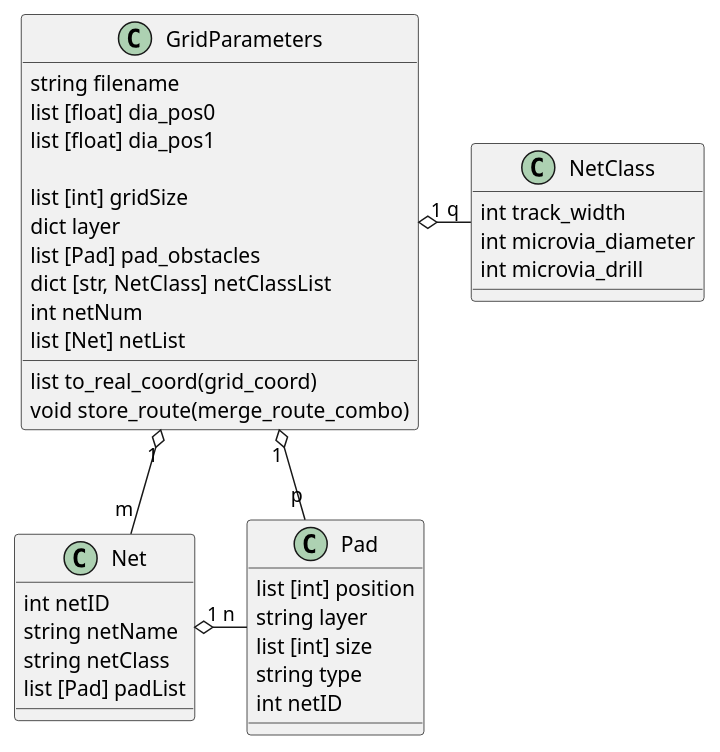
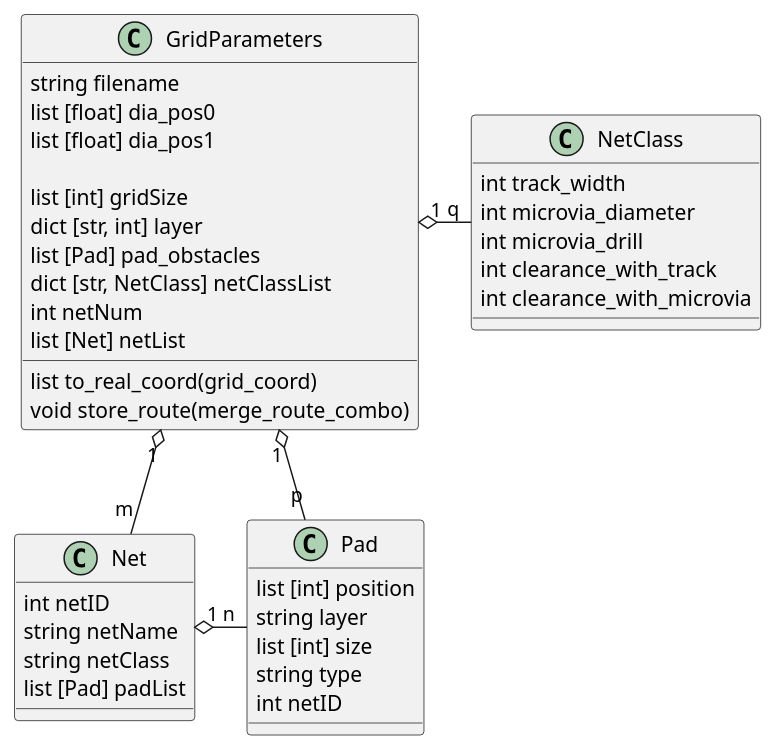
Before and after one commit to HareetX/AStarRouting: the diagram in GridParameters.puml, drawn with PlantUML. The commit also changed 15 other files, not shown here.

```diff
--- a/GridParameters.puml
+++ b/GridParameters.puml
@@ -1,45 +1,47 @@
 @startuml
 
 class GridParameters {
     string filename
     list [float] dia_pos0
     list [float] dia_pos1
 
     list [int] gridSize
-    dict layer
+    dict [str, int] layer
     list [Pad] pad_obstacles
     dict [str, NetClass] netClassList
     int netNum
     list [Net] netList
 
     list to_real_coord(grid_coord)
     void store_route(merge_route_combo)
 }
 
 class Net {
     int netID
     string netName
     string netClass
     list [Pad] padList
 }
 
 class Pad {
     list [int] position
     string layer
     list [int] size
     string type
     int netID
 }
 
 class NetClass {
     int track_width
     int microvia_diameter
     int microvia_drill
+    int clearance_with_track
+    int clearance_with_microvia
 }
 
 Net "1" o-right- "n" Pad
 GridParameters "1" o-down- "m" Net
 GridParameters "1" o-right- "p" Pad
 GridParameters "1" o-right- "q" NetClass
 
 @enduml
```
